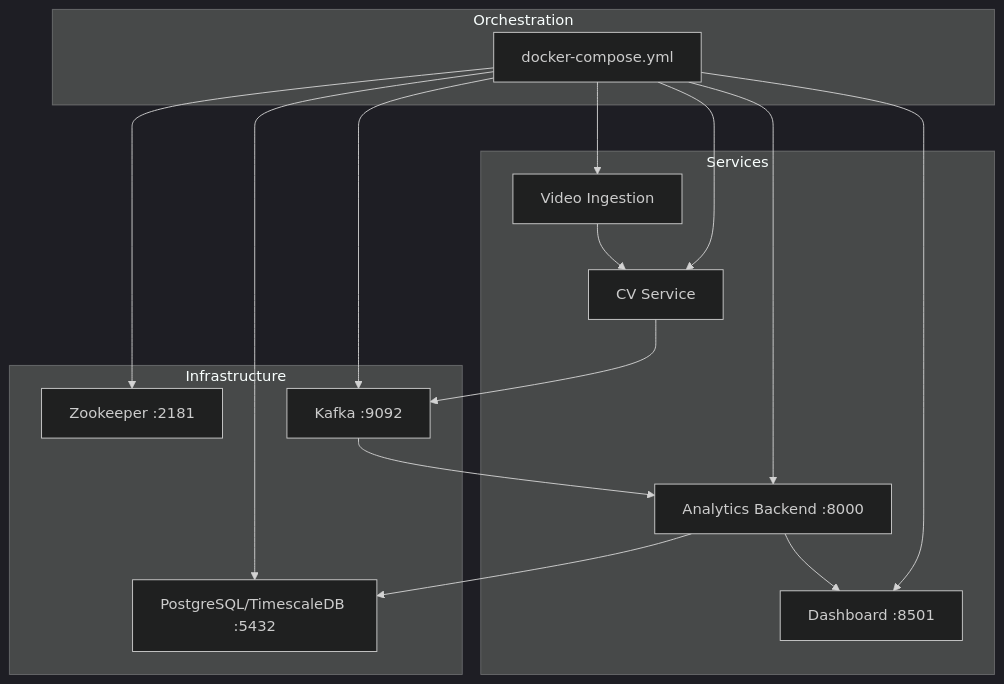
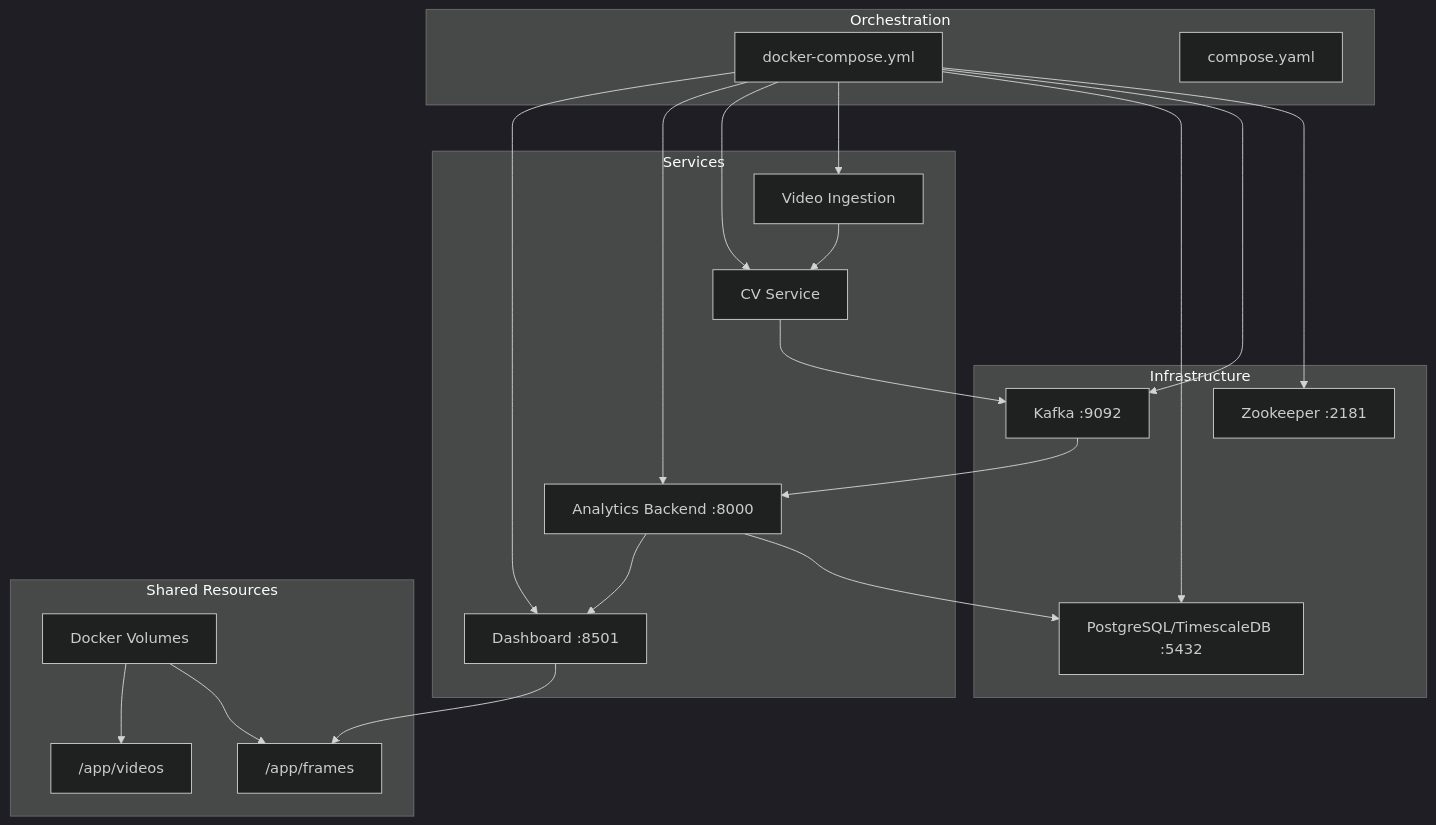
One commit to Azzoz-189/construction-equipment-monitoring changed the first of 8 diagrams in .qoder/repowiki/en/content/Project Overview/System Architecture Overview.md. Above: the diagram before and after it, drawn with Mermaid (dark theme). The commit also changed other lines of this file and 5 other files, not shown here.

````diff
--- a/.qoder/repowiki/en/content/Project Overview/System Architecture Overview.md
+++ b/.qoder/repowiki/en/content/Project Overview/System Architecture Overview.md
@@ -47,29 +58,38 @@
 ```mermaid
 graph TB
 subgraph "Orchestration"
 DC["docker-compose.yml"]
+CY["compose.yaml"]
 end
 subgraph "Infrastructure"
 ZK["Zookeeper :2181"]
 KA["Kafka :9092"]
 PG["PostgreSQL/TimescaleDB :5432"]
 end
 subgraph "Services"
 VS["Video Ingestion"]
 CV["CV Service"]
 AB["Analytics Backend :8000"]
 DASH["Dashboard :8501"]
 end
+subgraph "Shared Resources"
+FS["Docker Volumes"]
+FR["/app/frames"]
+VD["/app/videos"]
+end
 DC --> ZK
 DC --> KA
 DC --> PG
 DC --> VS
 DC --> CV
 DC --> AB
 DC --> DASH
+FS --> FR
+FS --> VD
 VS --> CV
 CV --> KA
 KA --> AB
 AB --> PG
 AB --> DASH
+DASH --> FR
 ```
````
